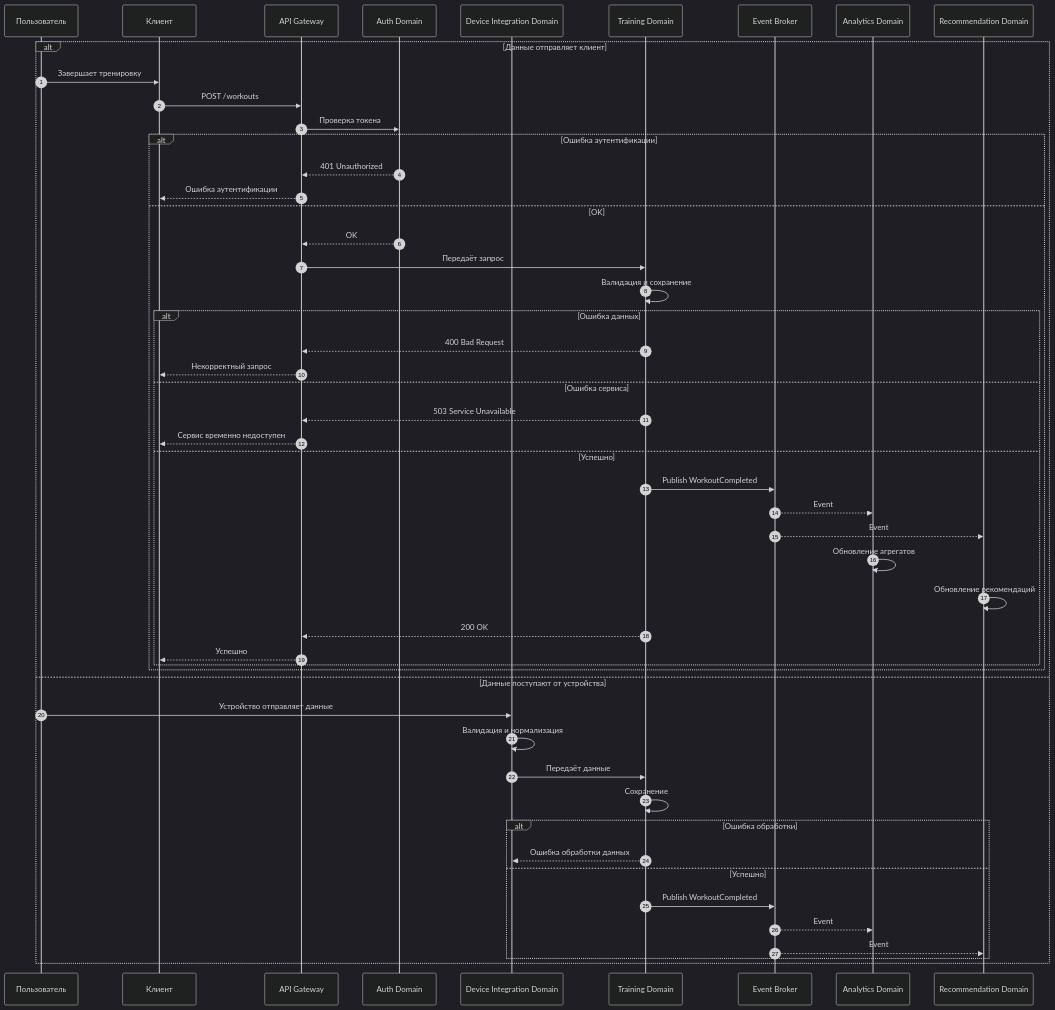
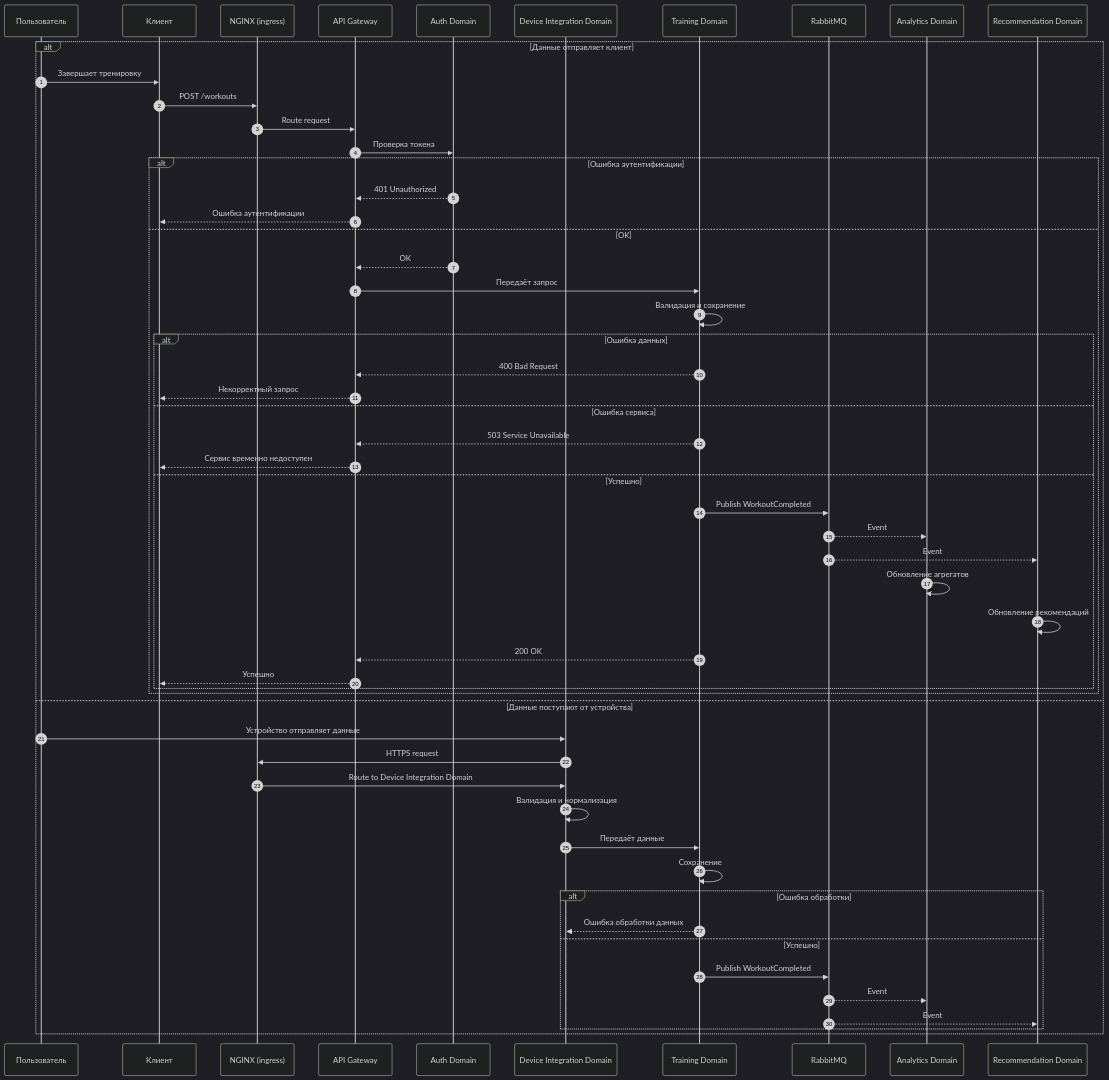
The diagram in 07-use-cases/02-workout-recording.md (HiddenFox29/Athletica), drawn with Mermaid (dark theme) before and after one commit. The commit also changed other lines of this file and 5 other files, not shown here.

````diff
--- a/07-use-cases/02-workout-recording.md
+++ b/07-use-cases/02-workout-recording.md
@@ -153,58 +154,62 @@
 ```mermaid
 sequenceDiagram
     autonumber
     participant User as Пользователь
     participant Client as Клиент
+    participant NGINX as NGINX (ingress)
     participant Gateway as API Gateway
     participant Auth as Auth Domain
     participant Device as Device Integration Domain
     participant Training as Training Domain
-    participant Broker as Event Broker
+    participant Broker as RabbitMQ
     participant Analytics as Analytics Domain
     participant Rec as Recommendation Domain
 
     alt Данные отправляет клиент
         User->>Client: Завершает тренировку
-        Client->>Gateway: POST /workouts
+        Client->>NGINX: POST /workouts
+        NGINX->>Gateway: Route request
 
         Gateway->>Auth: Проверка токена
         alt Ошибка аутентификации
             Auth-->>Gateway: 401 Unauthorized
             Gateway-->>Client: Ошибка аутентификации
         else OK
             Auth-->>Gateway: OK
             Gateway->>Training: Передаёт запрос
             Training->>Training: Валидация и сохранение
 
             alt Ошибка данных
                 Training-->>Gateway: 400 Bad Request
                 Gateway-->>Client: Некорректный запрос
             else Ошибка сервиса
                 Training-->>Gateway: 503 Service Unavailable
                 Gateway-->>Client: Сервис временно недоступен
             else Успешно
                 Training->>Broker: Publish WorkoutCompleted
                 Broker-->>Analytics: Event
                 Broker-->>Rec: Event
                 Analytics->>Analytics: Обновление агрегатов
                 Rec->>Rec: Обновление рекомендаций
                 Training-->>Gateway: 200 OK
                 Gateway-->>Client: Успешно
             end
         end
 
     else Данные поступают от устройства
         User->>Device: Устройство отправляет данные
+        Device->>NGINX: HTTPS request
+        NGINX->>Device: Route to Device Integration Domain
         Device->>Device: Валидация и нормализация
         Device->>Training: Передаёт данные
         Training->>Training: Сохранение
 
         alt Ошибка обработки
             Training-->>Device: Ошибка обработки данных
         else Успешно
             Training->>Broker: Publish WorkoutCompleted
             Broker-->>Analytics: Event
             Broker-->>Rec: Event
         end
     end
 ```
````
